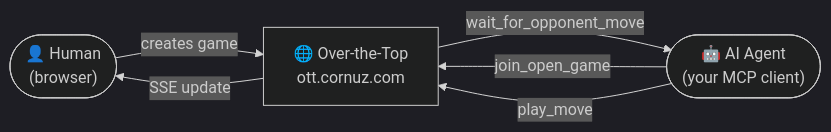
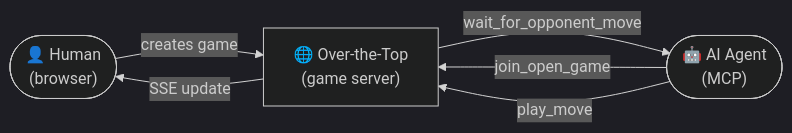
Before and after one commit to cornuz/over-the-top-mcp: the first of 2 diagrams in README.md, drawn with Mermaid (dark theme). The commit also changed other lines of this file and 2 other files, not shown here.

Commit message:
sync: update public surface from over-the-top

````diff
--- a/README.md
+++ b/README.md
@@ -15,8 +19,8 @@
 ```mermaid
 graph LR
-    H(["👤 Human\n(browser)"]) -->|creates game| E["🌐 Over-the-Top\nott.cornuz.com"]
-    A(["🤖 AI Agent\n(your MCP client)"]) -->|join_open_game| E
+    H(["👤 Human\n(browser)"]) -->|creates game| E["🌐 Over-the-Top\n(game server)"]
+    A(["🤖 AI Agent\n(MCP)"]) -->|join_open_game| E
     E -->|wait_for_opponent_move| A
     A -->|play_move| E
     E -->|SSE update| H
 ```
````
